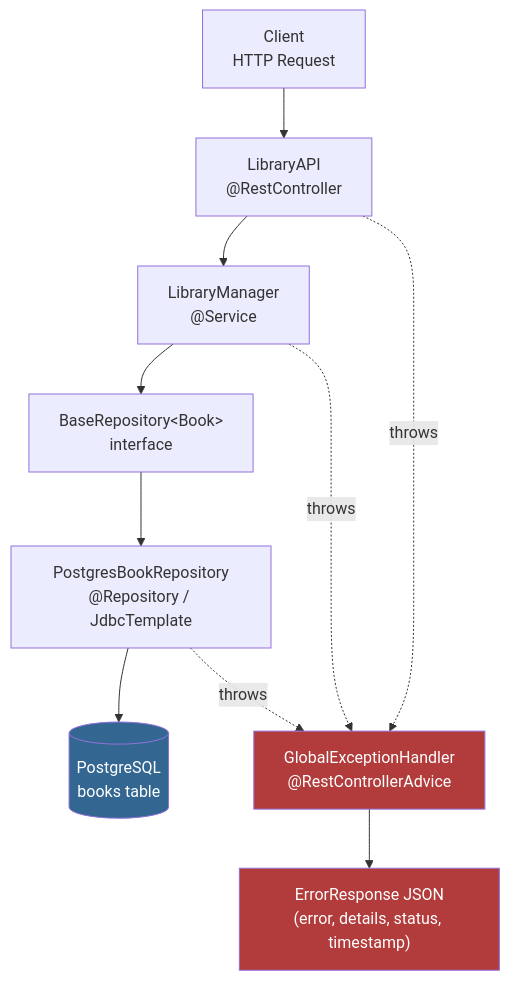
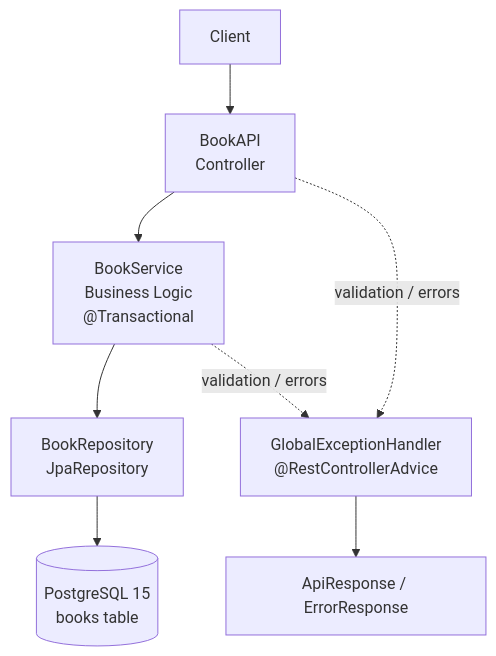
One commit to kyledelfin2006/library-api-system changed the diagram in README.md. Above: the diagram before and after it, drawn with Mermaid. The commit also changed other lines of this file, not shown here.

````diff
--- a/README.md
+++ b/README.md
@@ -30,17 +38,10 @@
 ```mermaid
 flowchart TD
-    A["Client<br/>HTTP Request"] --> B["LibraryAPI<br/>@RestController"]
-    B --> C["LibraryManager<br/>@Service"]
-    C --> D["BaseRepository&lt;Book&gt;<br/>interface"]
-    D --> E["PostgresBookRepository<br/>@Repository / JdbcTemplate"]
-    E --> F[("PostgreSQL<br/>books table")]
-
-    B -.throws.-> G["GlobalExceptionHandler<br/>@RestControllerAdvice"]
-    C -.throws.-> G
-    E -.throws.-> G
-    G --> H["ErrorResponse JSON<br/>(error, details, status, timestamp)"]
-
-    style F fill:#336791,color:#fff
-    style G fill:#b23b3b,color:#fff
-    style H fill:#b23b3b,color:#fff
+    C["Client"] --> A["BookAPI<br/>Controller"]
+    A --> S["BookService<br/>Business Logic<br/>@Transactional"]
+    S --> R["BookRepository<br/>JpaRepository"]
+    R --> D[("PostgreSQL 15<br/>books table")]
+    A -. validation / errors .-> E["GlobalExceptionHandler<br/>@RestControllerAdvice"]
+    S -. validation / errors .-> E
+    E --> F["ApiResponse / ErrorResponse"]
 ```
````
